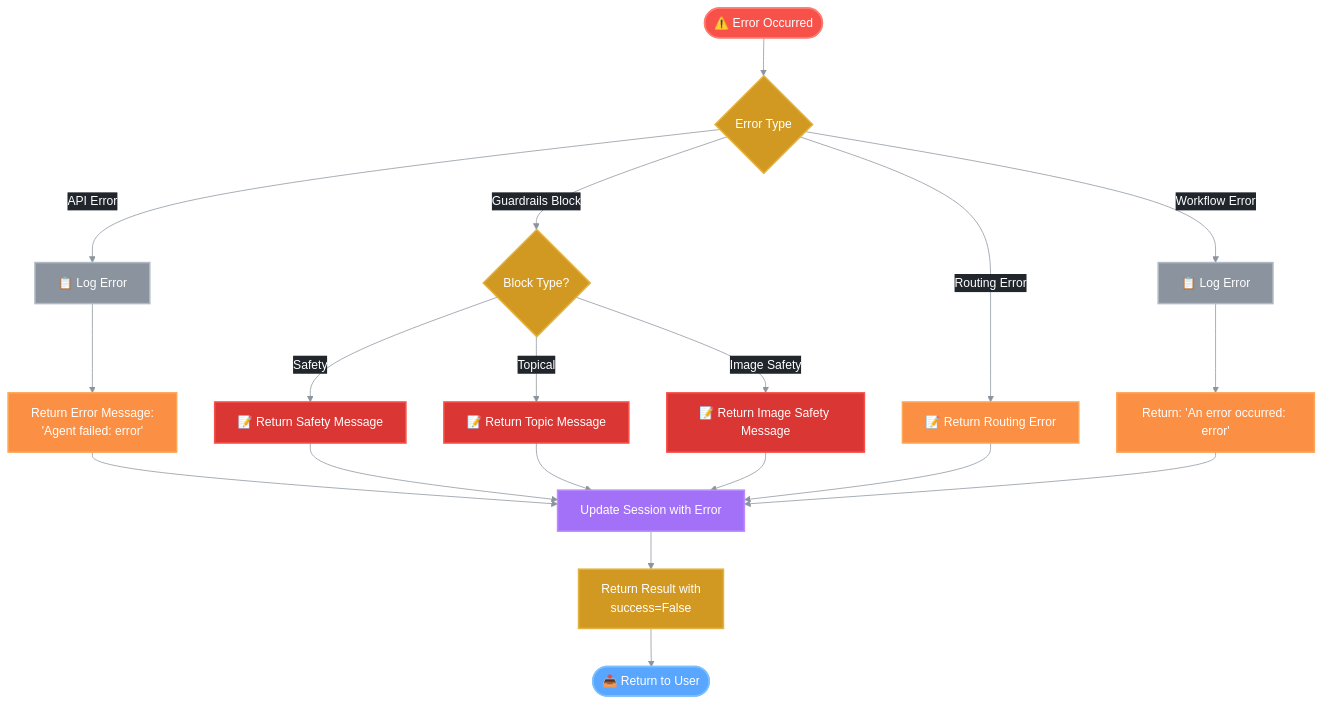
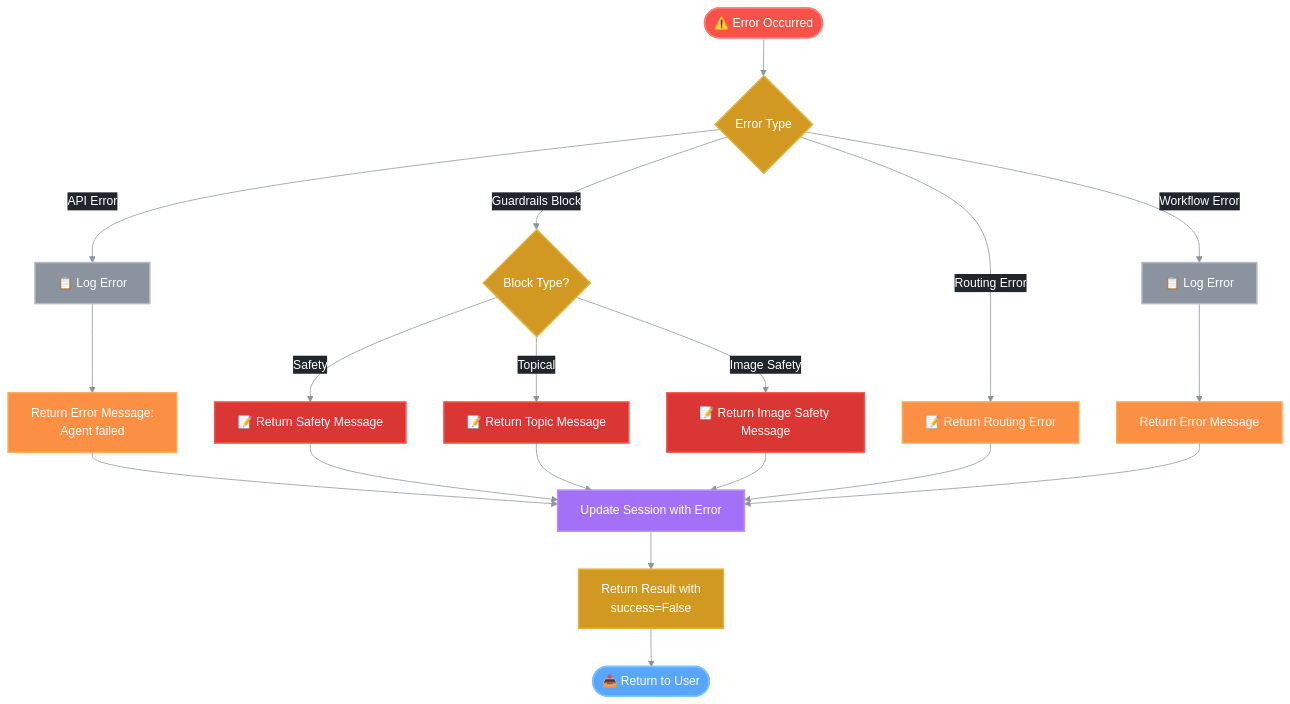
One commit to jayanthanantharaman/reach changed the diagram in docs/architecture/09_error_handling.md. Above: the diagram before and after it, drawn with Mermaid. The commit also changed 2 other files, not shown here.

Commit message:
REACH - Update mermaid diagrams

````diff
--- a/docs/architecture/09_error_handling.md
+++ b/docs/architecture/09_error_handling.md
@@ -15,43 +15,43 @@
 ```mermaid
 %%{init: {'theme': 'base', 'themeVariables': { 'primaryColor': '#58a6ff', 'primaryTextColor': '#ffffff', 'primaryBorderColor': '#58a6ff', 'lineColor': '#8b949e', 'secondaryColor': '#21262d', 'tertiaryColor': '#161b22', 'background': '#0d1117'}}}%%
 flowchart TD
     ERROR([⚠️ Error Occurred]) --> TYPE{Error Type}
     
     TYPE -->|API Error| LOG_API[📋 Log Error]
-    LOG_API --> API_MSG[Return Error Message:<br/>'Agent failed: error']
+    LOG_API --> API_MSG[Return Error Message:<br/>Agent failed]
     
     TYPE -->|Guardrails Block| BLOCK_TYPE{Block Type?}
     BLOCK_TYPE -->|Safety| SAFETY_MSG[📝 Return Safety Message]
     BLOCK_TYPE -->|Topical| TOPIC_MSG[📝 Return Topic Message]
     BLOCK_TYPE -->|Image Safety| IMAGE_MSG[📝 Return Image Safety Message]
     
     TYPE -->|Routing Error| ROUTE_MSG[📝 Return Routing Error]
     
     TYPE -->|Workflow Error| LOG_WORKFLOW[📋 Log Error]
-    LOG_WORKFLOW --> WORKFLOW_MSG[Return: 'An error occurred: error']
+    LOG_WORKFLOW --> WORKFLOW_MSG[Return Error Message]
     
     API_MSG --> UPDATE_SESSION[Update Session with Error]
     SAFETY_MSG --> UPDATE_SESSION
     TOPIC_MSG --> UPDATE_SESSION
     IMAGE_MSG --> UPDATE_SESSION
     ROUTE_MSG --> UPDATE_SESSION
     WORKFLOW_MSG --> UPDATE_SESSION
     
     UPDATE_SESSION --> RETURN_RESULT[Return Result with<br/>success=False]
     RETURN_RESULT --> END_STATE([📤 Return to User])
 
     style ERROR fill:#f85149,stroke:#ff7b72,stroke-width:2px,color:#ffffff
     style TYPE fill:#d29922,stroke:#e3b341,stroke-width:2px,color:#ffffff
     style LOG_API fill:#8b949e,stroke:#b1bac4,stroke-width:2px,color:#ffffff
     style API_MSG fill:#fb8f44,stroke:#ffa657,stroke-width:2px,color:#ffffff
     style BLOCK_TYPE fill:#d29922,stroke:#e3b341,stroke-width:2px,color:#ffffff
     style SAFETY_MSG fill:#da3633,stroke:#f85149,stroke-width:2px,color:#ffffff
     style TOPIC_MSG fill:#da3633,stroke:#f85149,stroke-width:2px,color:#ffffff
     style IMAGE_MSG fill:#da3633,stroke:#f85149,stroke-width:2px,color:#ffffff
     style ROUTE_MSG fill:#fb8f44,stroke:#ffa657,stroke-width:2px,color:#ffffff
     style LOG_WORKFLOW fill:#8b949e,stroke:#b1bac4,stroke-width:2px,color:#ffffff
     style WORKFLOW_MSG fill:#fb8f44,stroke:#ffa657,stroke-width:2px,color:#ffffff
     style UPDATE_SESSION fill:#a371f7,stroke:#bc8cff,stroke-width:2px,color:#ffffff
     style RETURN_RESULT fill:#d29922,stroke:#e3b341,stroke-width:2px,color:#ffffff
     style END_STATE fill:#58a6ff,stroke:#79c0ff,stroke-width:2px,color:#ffffff
 ```
````
